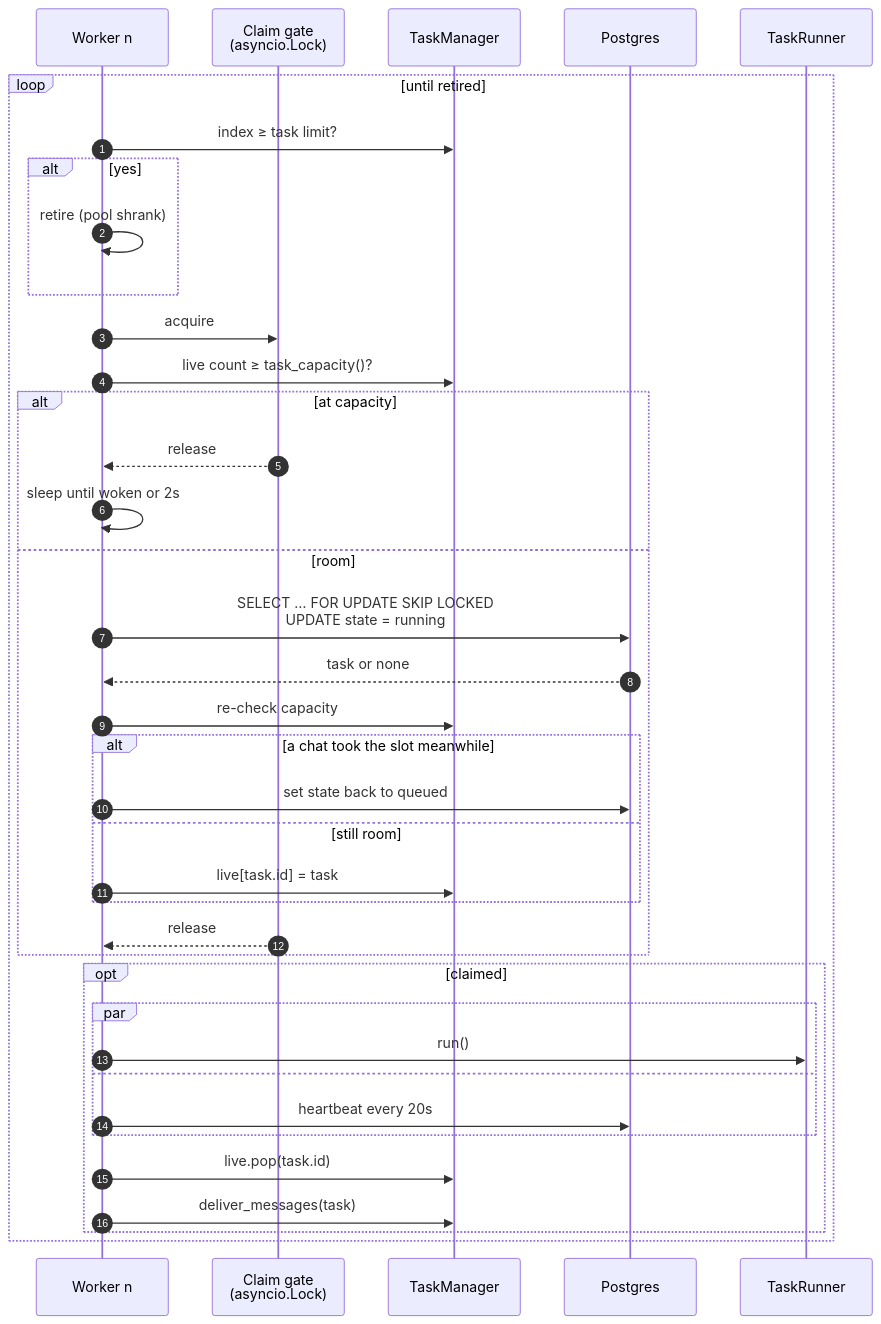
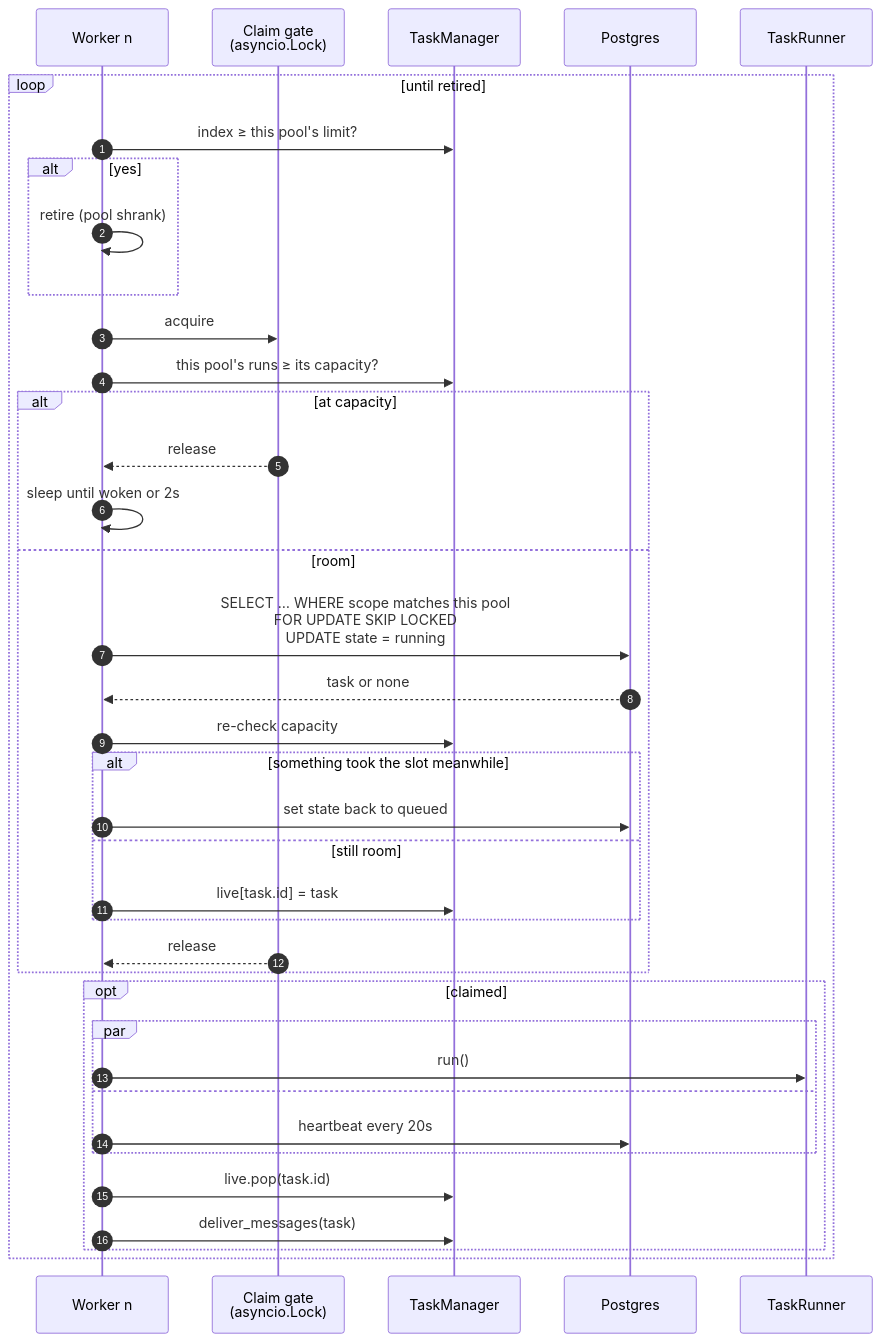
The second of 9 diagrams in design/02_task_lifecycle.md (radubools/dex), drawn with Mermaid before and after one commit. The commit also changed other lines of this file and 674 other files, not shown here.

````diff
--- a/design/02_task_lifecycle.md
+++ b/design/02_task_lifecycle.md
@@ -112,41 +112,41 @@
 ```mermaid
 sequenceDiagram
     autonumber
     participant W as Worker n
     participant G as Claim gate<br/>(asyncio.Lock)
     participant M as TaskManager
     participant DB as Postgres
     participant R as TaskRunner
 
     loop until retired
-        W->>M: index ≥ task limit?
+        W->>M: index ≥ this pool's limit?
         alt yes
             W->>W: retire (pool shrank)
         end
         W->>G: acquire
-        W->>M: live count ≥ task_capacity()?
+        W->>M: this pool's runs ≥ its capacity?
         alt at capacity
             G-->>W: release
             W->>W: sleep until woken or 2s
         else room
-            W->>DB: SELECT … FOR UPDATE SKIP LOCKED<br/>UPDATE state = running
+            W->>DB: SELECT … WHERE scope matches this pool<br/>FOR UPDATE SKIP LOCKED<br/>UPDATE state = running
             DB-->>W: task or none
             W->>M: re-check capacity
-            alt a chat took the slot meanwhile
+            alt something took the slot meanwhile
                 W->>DB: set state back to queued
             else still room
                 W->>M: live[task.id] = task
             end
             G-->>W: release
         end
         opt claimed
             par
                 W->>R: run()
             and
                 W->>DB: heartbeat every 20s
             end
             W->>M: live.pop(task.id)
             W->>M: deliver_messages(task)
         end
     end
 ```
````
